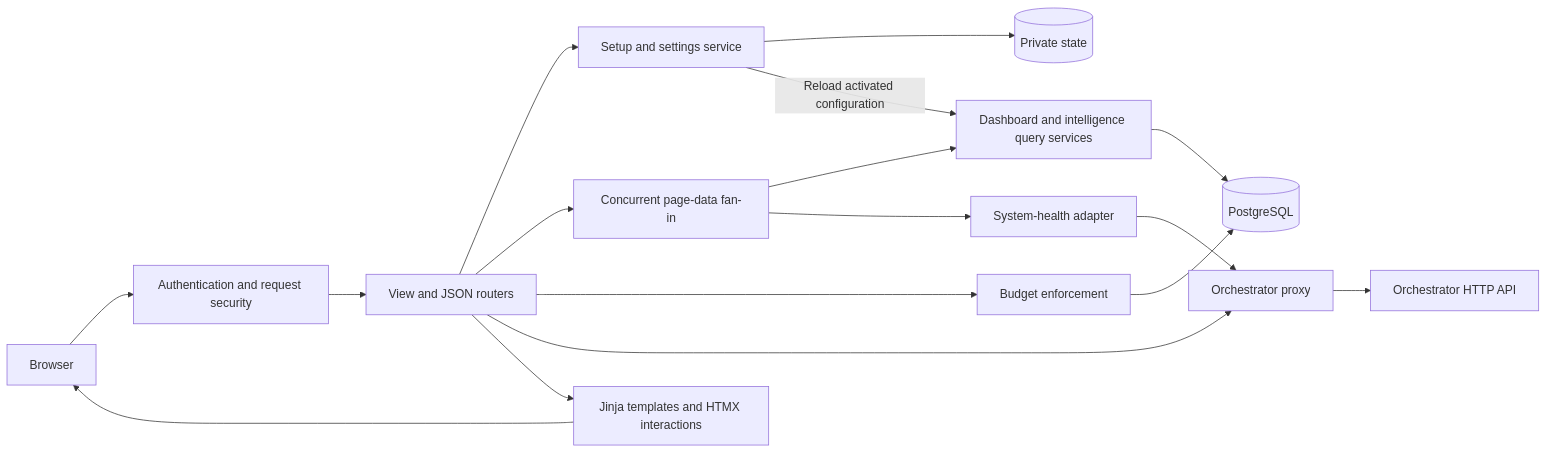
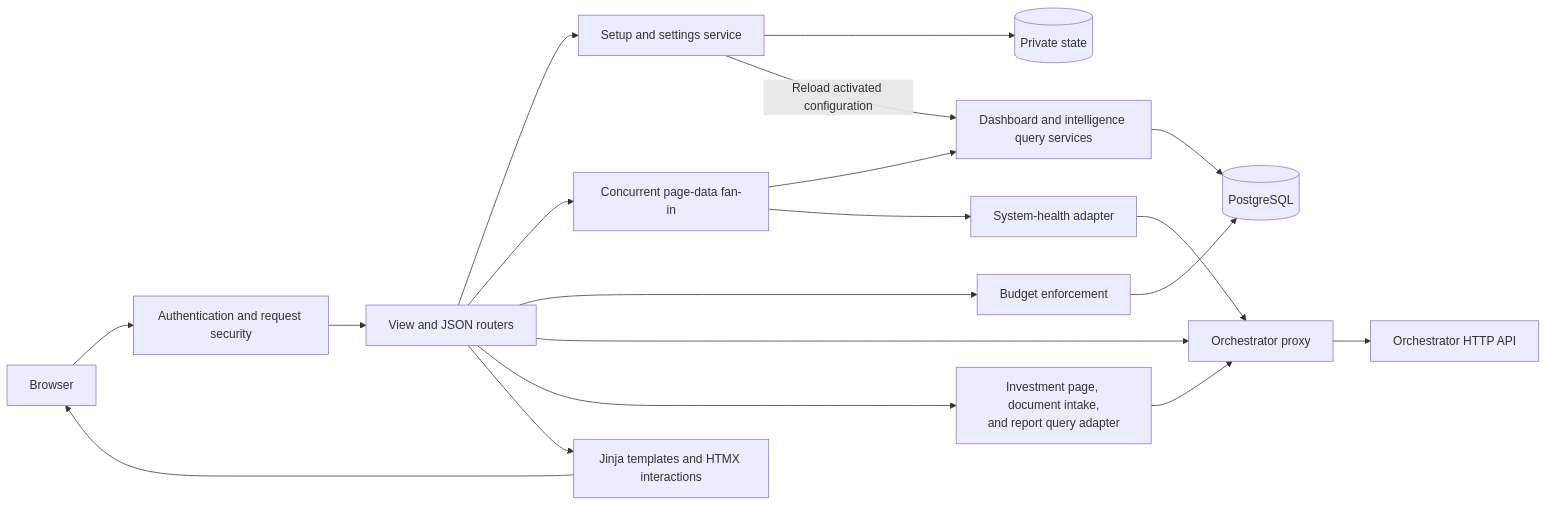
The third of 8 diagrams in docs/architecture/c4-model.md (cpu23/trading-data-platform), drawn with Mermaid before and after one commit. The commit also changed other lines of this file and 8 other files, not shown here.

Commit message:
Document investment research subsystem

````diff
--- a/docs/architecture/c4-model.md
+++ b/docs/architecture/c4-model.md
@@ -94,31 +96,34 @@
 ```mermaid
 flowchart LR
     Browser["Browser"]
     Routes["View and JSON routers"]
     Auth["Authentication and request security"]
     Setup["Setup and settings service"]
     Queries["Dashboard and intelligence query services"]
     Budget["Budget enforcement"]
     Proxy["Orchestrator proxy"]
     Fanout["Concurrent page-data fan-in"]
     Health["System-health adapter"]
+    Investment["Investment page, document intake,<br/>and report query adapter"]
     Templates["Jinja templates and HTMX interactions"]
     DB[("PostgreSQL")]
     State[("Private state")]
     Orch["Orchestrator HTTP API"]
 
     Browser --> Auth --> Routes
     Routes --> Setup
     Routes --> Fanout
     Fanout --> Queries
     Fanout --> Health
     Routes --> Budget
     Routes --> Proxy
+    Routes --> Investment
+    Investment --> Proxy
     Health --> Proxy
     Routes --> Templates --> Browser
     Setup --> State
     Setup -->|"Reload activated configuration"| Queries
     Queries --> DB
     Budget --> DB
     Proxy --> Orch
 ```
````
